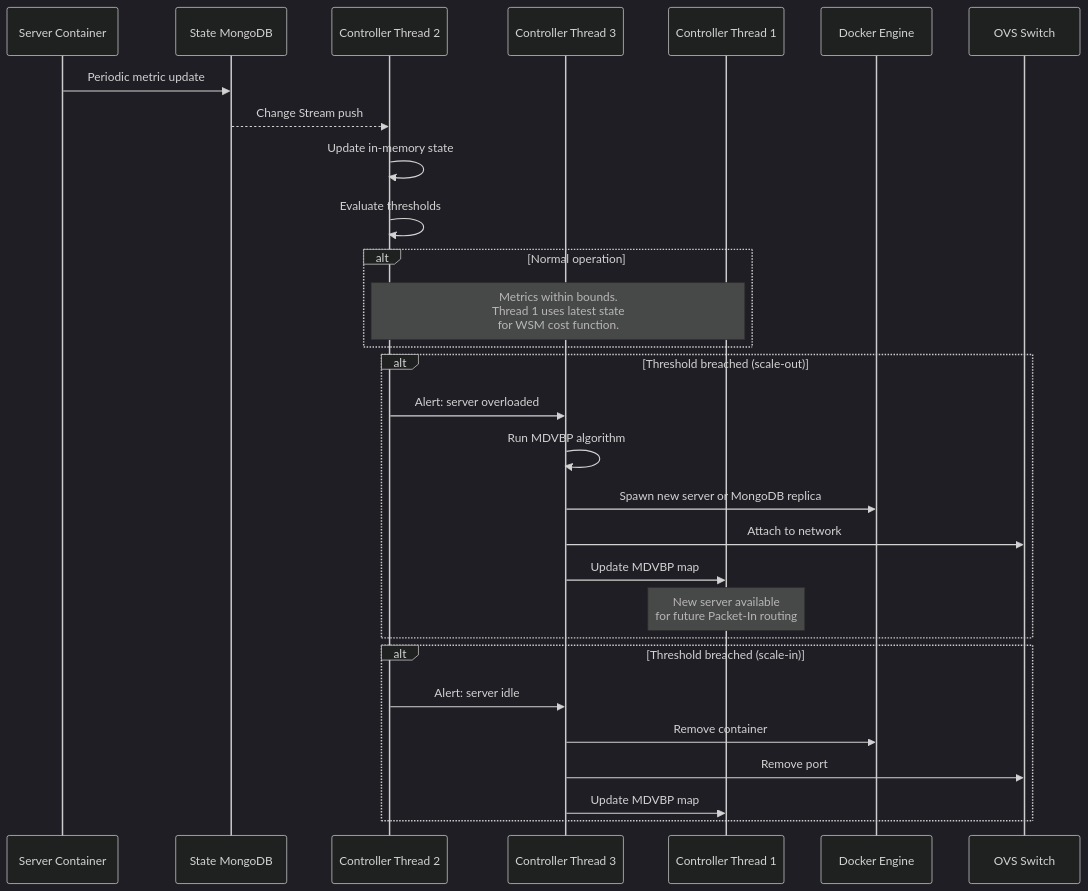
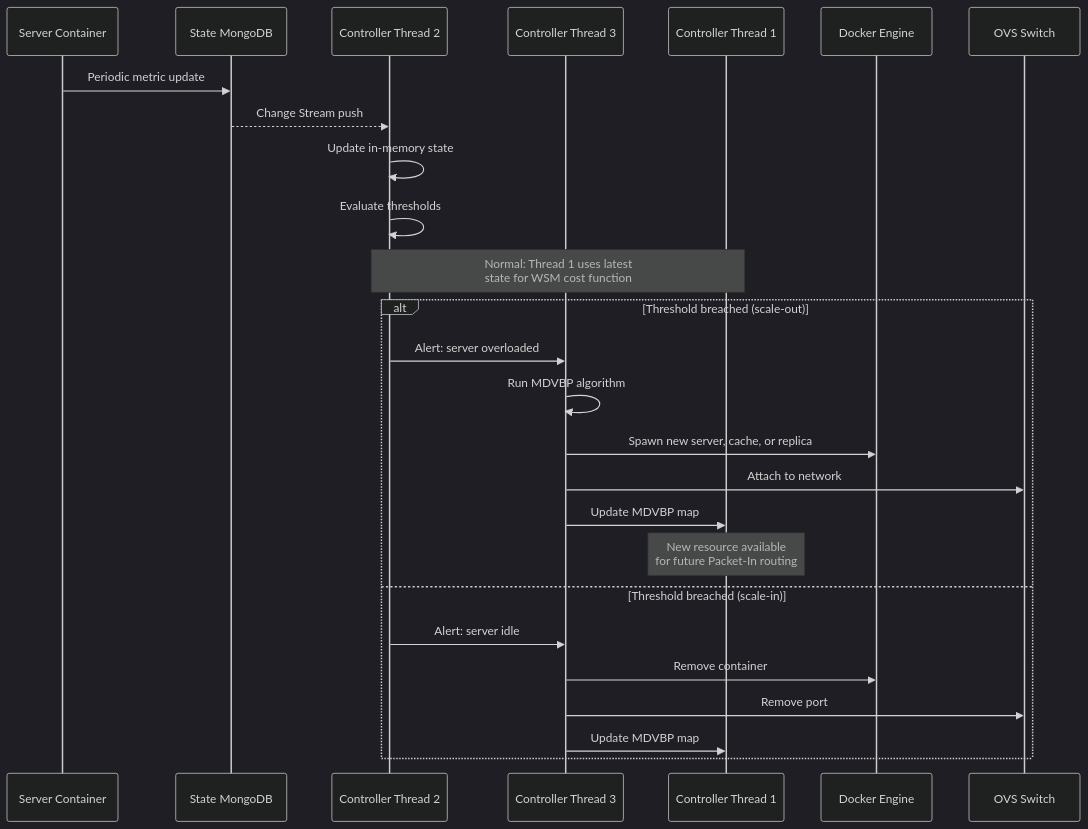
Diagram 23 of 23 in docs/operation/system_mechanisms.md (poioe20p/efficient-storage-in-edge-scenarios), drawn with Mermaid (dark theme) before and after one commit. The commit also changed other lines of this file and 25 other files, not shown here.

````diff
--- a/docs/operation/system_mechanisms.md
+++ b/docs/operation/system_mechanisms.md
@@ -423,35 +899,31 @@
 ```mermaid
 sequenceDiagram
     participant Server as Server Container
     participant StateMongo as State MongoDB
     participant T2 as Controller Thread 2
     participant T3 as Controller Thread 3
     participant T1 as Controller Thread 1
     participant Docker as Docker Engine
     participant OVS as OVS Switch
 
     Server->>StateMongo: Periodic metric update
     StateMongo-->>T2: Change Stream push
     T2->>T2: Update in-memory state
     T2->>T2: Evaluate thresholds
 
-    alt Normal operation
-        Note over T2,T1: Metrics within bounds.<br/>Thread 1 uses latest state<br/>for WSM cost function.
-    end
+    Note over T2,T1: Normal: Thread 1 uses latest<br/>state for WSM cost function
 
     alt Threshold breached (scale-out)
         T2->>T3: Alert: server overloaded
         T3->>T3: Run MDVBP algorithm
-        T3->>Docker: Spawn new server or MongoDB replica
+        T3->>Docker: Spawn new server, cache, or replica
         T3->>OVS: Attach to network
         T3->>T1: Update MDVBP map
-        Note over T1: New server available<br/>for future Packet-In routing
-    end
-
-    alt Threshold breached (scale-in)
+        Note over T1: New resource available<br/>for future Packet-In routing
+    else Threshold breached (scale-in)
         T2->>T3: Alert: server idle
         T3->>Docker: Remove container
         T3->>OVS: Remove port
         T3->>T1: Update MDVBP map
     end
 ```
````
